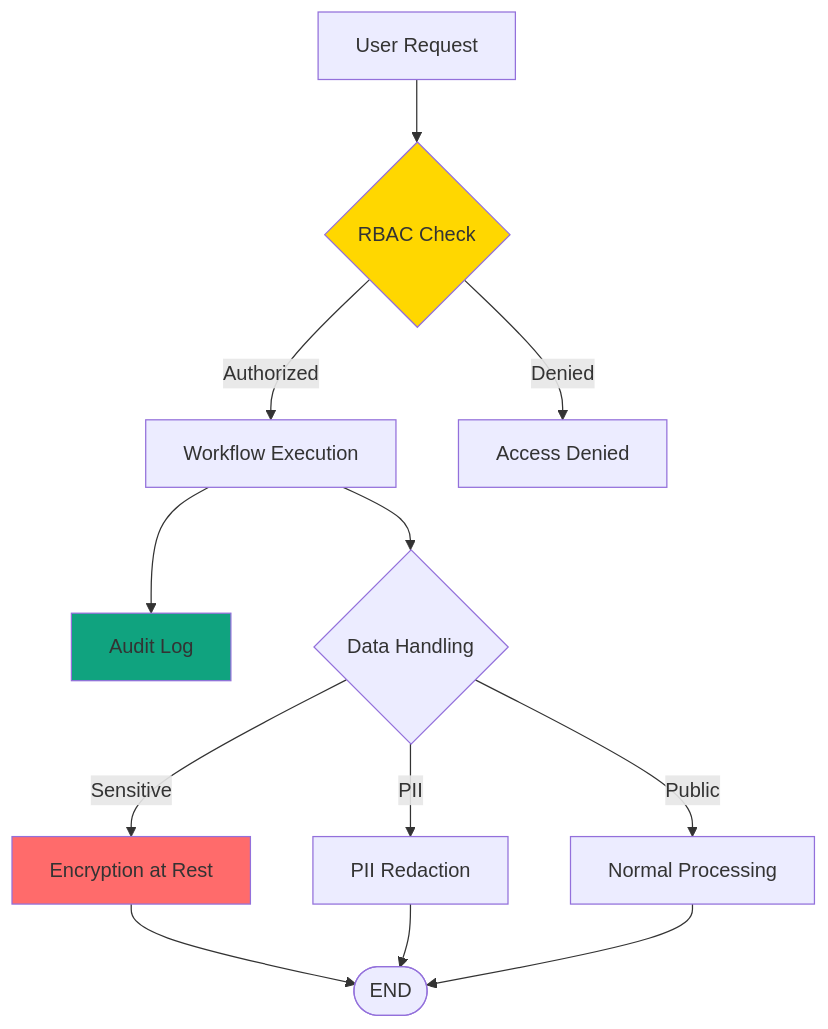
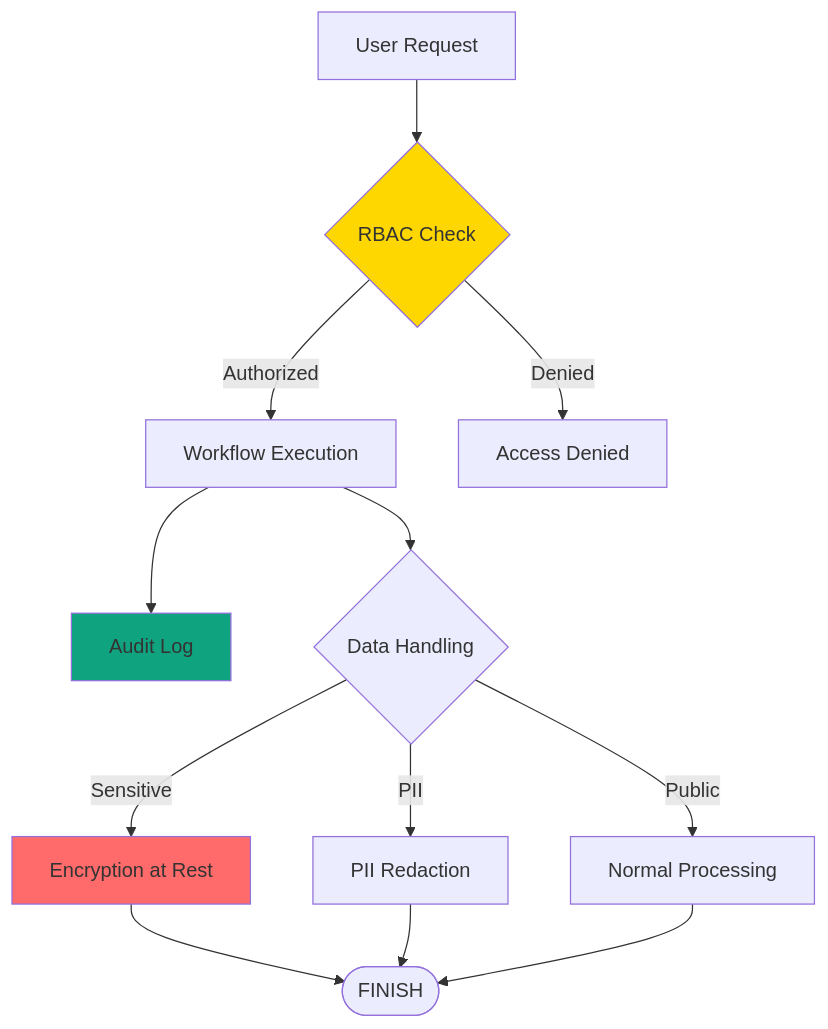
One commit to ralf-42/GenAI changed diagram 15 of 22 in docs/frameworks/Einsteiger_Agent_Builder.md. Above: the diagram before and after it, drawn with Mermaid. The commit also changed other lines of this file and 1 other file, not shown here.

````diff
--- a/docs/frameworks/Einsteiger_Agent_Builder.md
+++ b/docs/frameworks/Einsteiger_Agent_Builder.md
@@ -581,21 +581,21 @@
 ```mermaid
 graph TB
     USER[User Request] --> RBAC{RBAC Check}
     RBAC -->|Authorized| WORKFLOW[Workflow Execution]
     RBAC -->|Denied| REJECT[Access Denied]
 
     WORKFLOW --> AUDIT[Audit Log]
     WORKFLOW --> DATA{Data Handling}
 
     DATA -->|Sensitive| ENCRYPT[Encryption at Rest]
     DATA -->|PII| REDACT[PII Redaction]
     DATA -->|Public| PROCESS[Normal Processing]
 
-    ENCRYPT --> END([END])
-    REDACT --> END
-    PROCESS --> END
+    ENCRYPT --> FINISH([FINISH])
+    REDACT --> FINISH
+    PROCESS --> FINISH
 
     style RBAC fill:#FFD700
     style ENCRYPT fill:#ff6b6b
     style AUDIT fill:#10a37f
 ```
````
